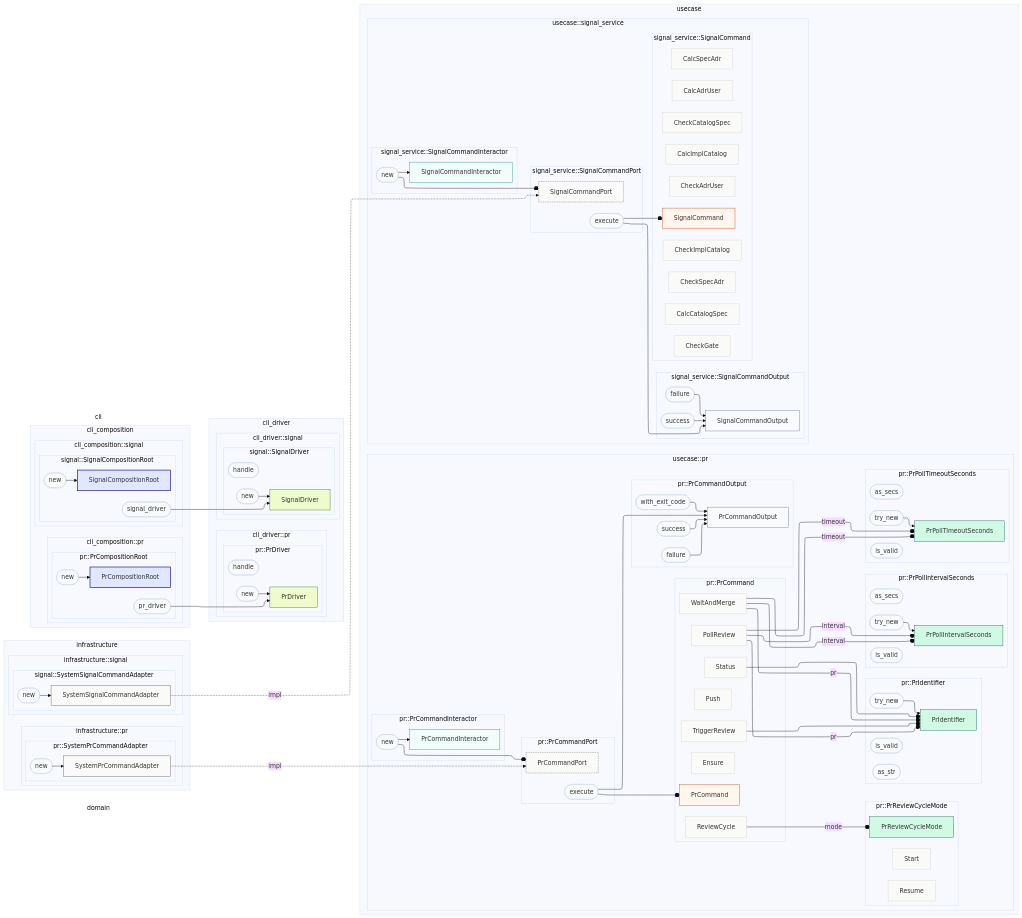
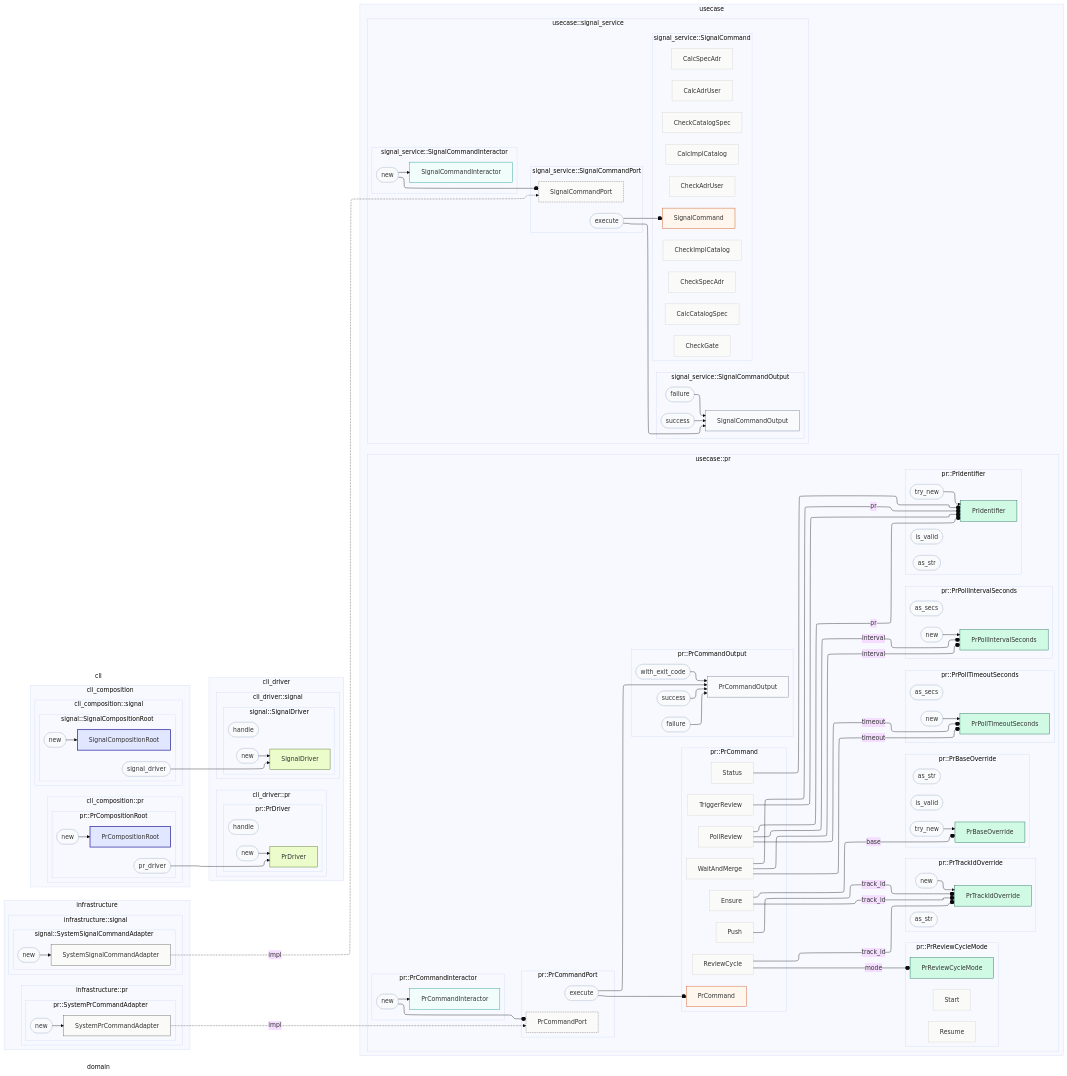
One commit to Flip451/SoTOHE-core changed the diagram in track/items/pr-signal-pure-di-2026-07-26/contract-map.md. Above: the diagram before and after it, drawn with Mermaid (base theme). The commit also changed 26 other files, not shown here.

```diff
--- a/track/items/pr-signal-pure-di-2026-07-26/contract-map.md
+++ b/track/items/pr-signal-pure-di-2026-07-26/contract-map.md
@@ -39,6 +39,13 @@
   direction TB
   subgraph usecase_usecase_module_pr["usecase::pr"]
     direction TB
+  subgraph T30_usecase_usecase_PrBaseOverride["pr::PrBaseOverride"]
+    direction TB
+    T30_usecase_usecase_PrBaseOverride__self[PrBaseOverride]
+    T30_usecase_usecase_PrBaseOverride_try_new([try_new])
+    T30_usecase_usecase_PrBaseOverride_as_str([as_str])
+    T30_usecase_usecase_PrBaseOverride_is_valid([is_valid])
+  end
   subgraph T25_usecase_usecase_PrCommand["pr::PrCommand"]
     direction TB
     T25_usecase_usecase_PrCommand__self[PrCommand]
@@ -72,22 +79,26 @@
   subgraph T37_usecase_usecase_PrPollIntervalSeconds["pr::PrPollIntervalSeconds"]
     direction TB
     T37_usecase_usecase_PrPollIntervalSeconds__self[PrPollIntervalSeconds]
-    T37_usecase_usecase_PrPollIntervalSeconds_try_new([try_new])
+    T37_usecase_usecase_PrPollIntervalSeconds_new([new])
     T37_usecase_usecase_PrPollIntervalSeconds_as_secs([as_secs])
-    T37_usecase_usecase_PrPollIntervalSeconds_is_valid([is_valid])
   end
   subgraph T36_usecase_usecase_PrPollTimeoutSeconds["pr::PrPollTimeoutSeconds"]
     direction TB
     T36_usecase_usecase_PrPollTimeoutSeconds__self[PrPollTimeoutSeconds]
-    T36_usecase_usecase_PrPollTimeoutSeconds_try_new([try_new])
+    T36_usecase_usecase_PrPollTimeoutSeconds_new([new])
     T36_usecase_usecase_PrPollTimeoutSeconds_as_secs([as_secs])
-    T36_usecase_usecase_PrPollTimeoutSeconds_is_valid([is_valid])
   end
   subgraph T33_usecase_usecase_PrReviewCycleMode["pr::PrReviewCycleMode"]
     direction TB
     T33_usecase_usecase_PrReviewCycleMode__self[PrReviewCycleMode]
     T33_usecase_usecase_PrReviewCycleMode_Start[Start]
     T33_usecase_usecase_PrReviewCycleMode_Resume[Resume]
+  end
+  subgraph T33_usecase_usecase_PrTrackIdOverride["pr::PrTrackIdOverride"]
+    direction TB
+    T33_usecase_usecase_PrTrackIdOverride__self[PrTrackIdOverride]
+    T33_usecase_usecase_PrTrackIdOverride_new([new])
+    T33_usecase_usecase_PrTrackIdOverride_as_str([as_str])
   end
   subgraph R29_usecase_usecase_PrCommandPort["pr::PrCommandPort"]
     direction TB
@@ -192,6 +203,10 @@
 subgraph cli["cli"]
   direction TB
 end
+T30_usecase_usecase_PrBaseOverride_try_new --> T30_usecase_usecase_PrBaseOverride__self
+T25_usecase_usecase_PrCommand_Push --o|track_id| T33_usecase_usecase_PrTrackIdOverride__self
+T25_usecase_usecase_PrCommand_Ensure --o|track_id| T33_usecase_usecase_PrTrackIdOverride__self
+T25_usecase_usecase_PrCommand_Ensure --o|base| T30_usecase_usecase_PrBaseOverride__self
 T25_usecase_usecase_PrCommand_Status --o T28_usecase_usecase_PrIdentifier__self
 T25_usecase_usecase_PrCommand_WaitAndMerge --o|pr| T28_usecase_usecase_PrIdentifier__self
 T25_usecase_usecase_PrCommand_WaitAndMerge --o|interval| T37_usecase_usecase_PrPollIntervalSeconds__self
@@ -200,6 +215,7 @@
 T25_usecase_usecase_PrCommand_PollReview --o|pr| T28_usecase_usecase_PrIdentifier__self
 T25_usecase_usecase_PrCommand_PollReview --o|interval| T37_usecase_usecase_PrPollIntervalSeconds__self
 T25_usecase_usecase_PrCommand_PollReview --o|timeout| T36_usecase_usecase_PrPollTimeoutSeconds__self
+T25_usecase_usecase_PrCommand_ReviewCycle --o|track_id| T33_usecase_usecase_PrTrackIdOverride__self
 T25_usecase_usecase_PrCommand_ReviewCycle --o|mode| T33_usecase_usecase_PrReviewCycleMode__self
 T35_usecase_usecase_PrCommandInteractor_new --o R29_usecase_usecase_PrCommandPort__self
 T35_usecase_usecase_PrCommandInteractor_new --> T35_usecase_usecase_PrCommandInteractor__self
@@ -207,8 +223,9 @@
 T31_usecase_usecase_PrCommandOutput_failure --> T31_usecase_usecase_PrCommandOutput__self
 T31_usecase_usecase_PrCommandOutput_with_exit_code --> T31_usecase_usecase_PrCommandOutput__self
 T28_usecase_usecase_PrIdentifier_try_new --> T28_usecase_usecase_PrIdentifier__self
-T37_usecase_usecase_PrPollIntervalSeconds_try_new --> T37_usecase_usecase_PrPollIntervalSeconds__self
-T36_usecase_usecase_PrPollTimeoutSeconds_try_new --> T36_usecase_usecase_PrPollTimeoutSeconds__self
+T37_usecase_usecase_PrPollIntervalSeconds_new --> T37_usecase_usecase_PrPollIntervalSeconds__self
+T36_usecase_usecase_PrPollTimeoutSeconds_new --> T36_usecase_usecase_PrPollTimeoutSeconds__self
+T33_usecase_usecase_PrTrackIdOverride_new --> T33_usecase_usecase_PrTrackIdOverride__self
 R29_usecase_usecase_PrCommandPort_execute --o T25_usecase_usecase_PrCommand__self
 R29_usecase_usecase_PrCommandPort_execute --> T31_usecase_usecase_PrCommandOutput__self
 T39_usecase_usecase_SignalCommandInteractor_new --o R33_usecase_usecase_SignalCommandPort__self
@@ -227,6 +244,10 @@
 T49_cli_composition_cli_composition_PrCompositionRoot_new --> T49_cli_composition_cli_composition_PrCompositionRoot__self
 T53_cli_composition_cli_composition_SignalCompositionRoot_new --> T53_cli_composition_cli_composition_SignalCompositionRoot__self
 T53_cli_composition_cli_composition_SignalCompositionRoot_signal_driver --> T34_cli_driver_cli_driver_SignalDriver__self
+class T30_usecase_usecase_PrBaseOverride_try_new method_node
+class T30_usecase_usecase_PrBaseOverride_as_str method_node
+class T30_usecase_usecase_PrBaseOverride_is_valid method_node
+class T30_usecase_usecase_PrBaseOverride__self value_object
 class T25_usecase_usecase_PrCommand_Push variant_node
 class T25_usecase_usecase_PrCommand_Ensure variant_node
 class T25_usecase_usecase_PrCommand_Status variant_node
@@ -245,17 +266,18 @@
 class T28_usecase_usecase_PrIdentifier_as_str method_node
 class T28_usecase_usecase_PrIdentifier_is_valid method_node
 class T28_usecase_usecase_PrIdentifier__self value_object
-class T37_usecase_usecase_PrPollIntervalSeconds_try_new method_node
+class T37_usecase_usecase_PrPollIntervalSeconds_new method_node
 class T37_usecase_usecase_PrPollIntervalSeconds_as_secs method_node
-class T37_usecase_usecase_PrPollIntervalSeconds_is_valid method_node
 class T37_usecase_usecase_PrPollIntervalSeconds__self value_object
-class T36_usecase_usecase_PrPollTimeoutSeconds_try_new method_node
+class T36_usecase_usecase_PrPollTimeoutSeconds_new method_node
 class T36_usecase_usecase_PrPollTimeoutSeconds_as_secs method_node
-class T36_usecase_usecase_PrPollTimeoutSeconds_is_valid method_node
 class T36_usecase_usecase_PrPollTimeoutSeconds__self value_object
 class T33_usecase_usecase_PrReviewCycleMode_Start variant_node
 class T33_usecase_usecase_PrReviewCycleMode_Resume variant_node
 class T33_usecase_usecase_PrReviewCycleMode__self value_object
+class T33_usecase_usecase_PrTrackIdOverride_new method_node
+class T33_usecase_usecase_PrTrackIdOverride_as_str method_node
+class T33_usecase_usecase_PrTrackIdOverride__self value_object
 class R29_usecase_usecase_PrCommandPort_execute method_node
 class R29_usecase_usecase_PrCommandPort__self secondary_port
 class T29_usecase_usecase_SignalCommand_CalcAdrUser variant_node
```
